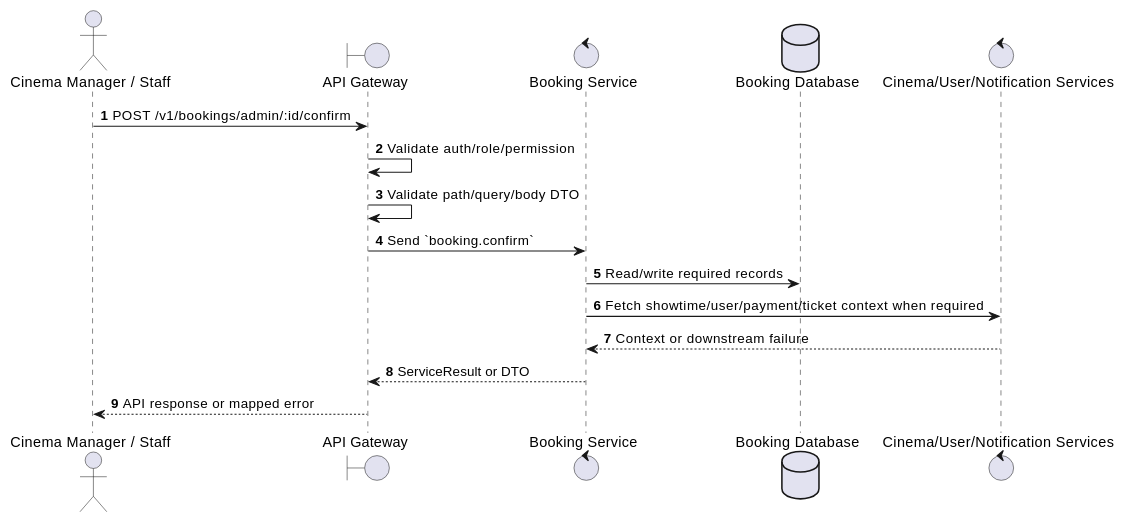
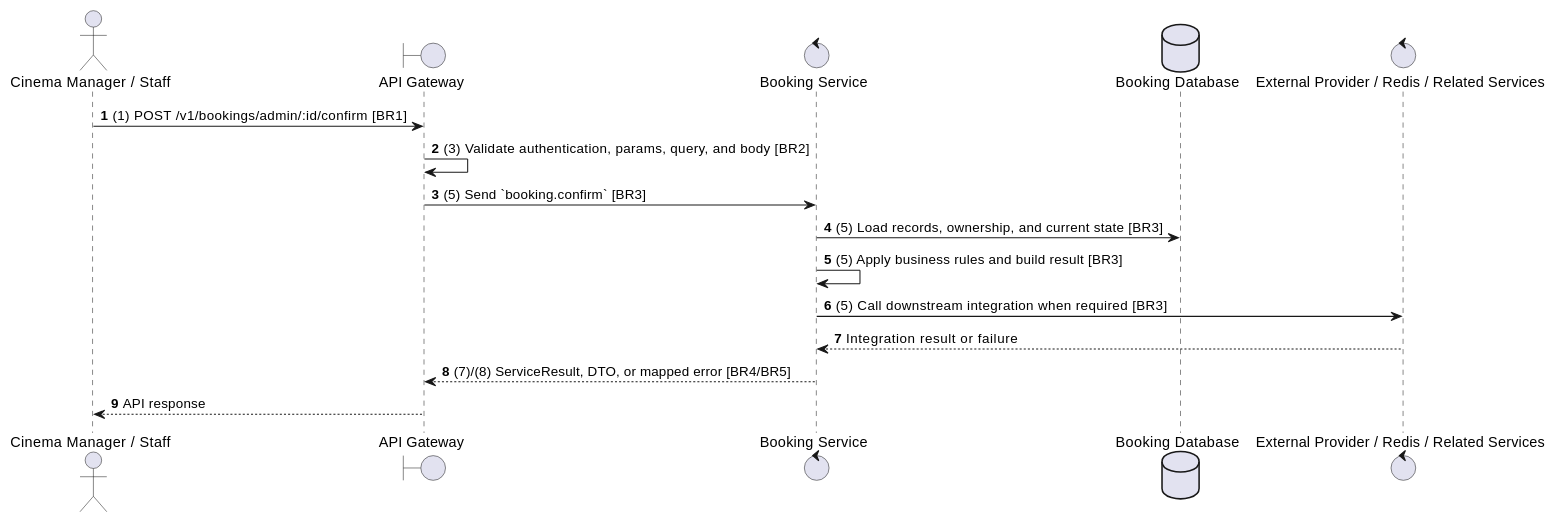
The second of 2 diagrams in docs/functional_specs/3.5.2_Admin_Booking_Operations/BK-A05_Confirm_Booking.md (Tanh1603/movie-hub-architecture), drawn with PlantUML before and after one commit. The commit also changed other lines of this file and 129 other files, not shown here.

````diff
--- a/docs/functional_specs/3.5.2_Admin_Booking_Operations/BK-A05_Confirm_Booking.md
+++ b/docs/functional_specs/3.5.2_Admin_Booking_Operations/BK-A05_Confirm_Booking.md
@@ -17,20 +64,20 @@
 ```plantuml
 @startuml
 autonumber
 actor "Cinema Manager / Staff" as Actor
 boundary "API Gateway" as GW
 control "Booking Service" as SVC
 database "Booking Database" as DB
-control "Cinema/User/Notification Services" as EXT
+control "External Provider / Redis / Related Services" as EXT
 
-Actor -> GW: POST /v1/bookings/admin/:id/confirm
-GW -> GW: Validate auth/role/permission
-GW -> GW: Validate path/query/body DTO
-GW -> SVC: Send `booking.confirm`
-SVC -> DB: Read/write required records
-SVC -> EXT: Fetch showtime/user/payment/ticket context when required
-EXT --> SVC: Context or downstream failure
-SVC --> GW: ServiceResult or DTO
-GW --> Actor: API response or mapped error
+Actor -> GW: (1) POST /v1/bookings/admin/:id/confirm [BR1]
+GW -> GW: (3) Validate authentication, params, query, and body [BR2]
+GW -> SVC: (5) Send `booking.confirm` [BR3]
+SVC -> DB: (5) Load records, ownership, and current state [BR3]
+SVC -> SVC: (5) Apply business rules and build result [BR3]
+SVC -> EXT: (5) Call downstream integration when required [BR3]
+EXT --> SVC: Integration result or failure
+SVC --> GW: (7)/(8) ServiceResult, DTO, or mapped error [BR4/BR5]
+GW --> Actor: API response
 @enduml
 ```
````
